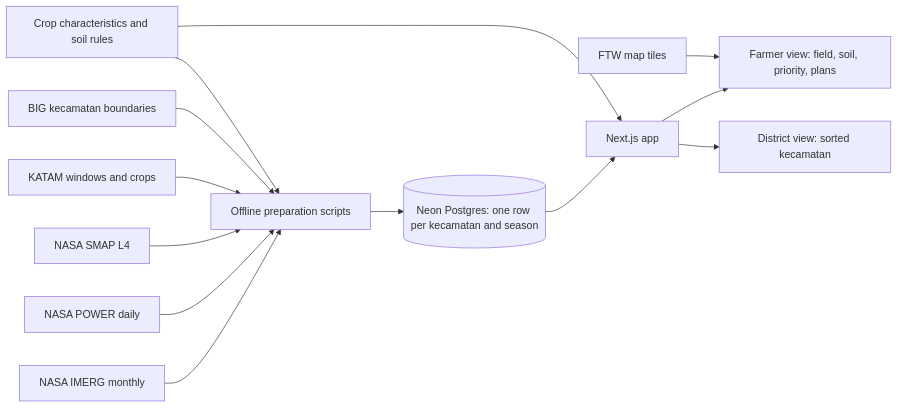
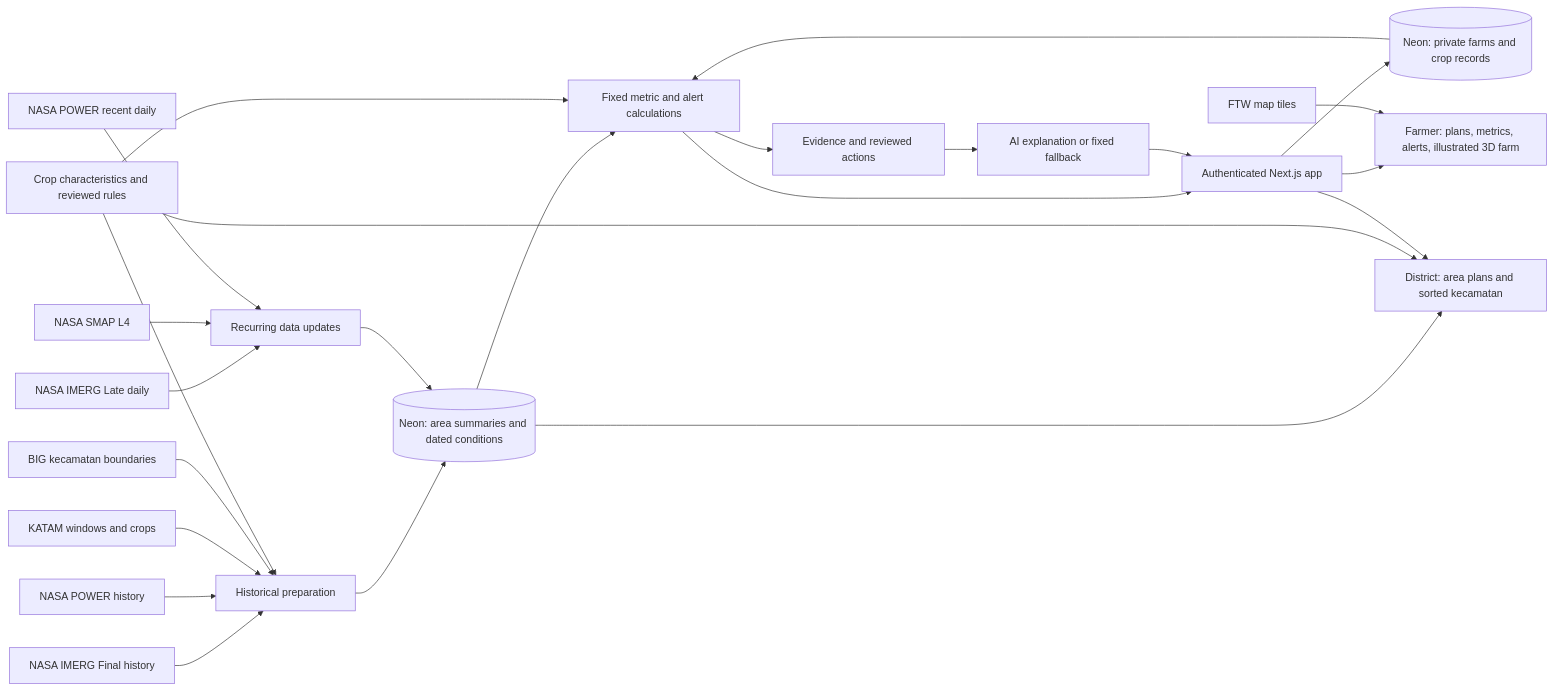
The diagram in docs/prd-government-landowners.md (halmahera-dev/Paddy), drawn with Mermaid before and after one commit. The commit also changed other lines of this file and 3 other files, not shown here.

Commit message:
docs: define farm monitoring scope and NASA data options

````diff
--- a/docs/prd-government-landowners.md
+++ b/docs/prd-government-landowners.md
@@ -183,15 +286,26 @@
 ```mermaid
 flowchart LR
-    I[NASA IMERG monthly] --> P[Offline preparation scripts]
-    W[NASA POWER daily] --> P
-    S[NASA SMAP L4] --> P
+    I[NASA IMERG Final history] --> P[Historical preparation]
+    W[NASA POWER history] --> P
     K[KATAM windows and crops] --> P
     B[BIG kecamatan boundaries] --> P
-    C[Crop characteristics and soil rules] --> P
-    P --> D[(Neon Postgres: one row per kecamatan and season)]
-    D --> A[Next.js app]
-    C --> A
-    A --> F[Farmer view: field, soil, priority, plans]
-    A --> G[District view: sorted kecamatan]
-    T[FTW map tiles] --> F
+    C[Crop characteristics and reviewed rules] --> P
+    P --> D[(Neon: area summaries and dated conditions)]
+    L[NASA IMERG Late daily] --> U[Recurring data updates]
+    S[NASA SMAP L4] --> U
+    T[NASA POWER recent daily] --> U
+    U --> D
+    D --> R[Fixed metric and alert calculations]
+    C --> R
+    F[(Neon: private farms and crop records)] --> R
+    R --> E[Evidence and reviewed actions]
+    E --> AI[AI explanation or fixed fallback]
+    R --> A[Authenticated Next.js app]
+    AI --> A
+    A --> F
+    A --> V[Farmer: plans, metrics, alerts, illustrated 3D farm]
+    D --> G[District: area plans and sorted kecamatan]
+    C --> G
+    A --> G
+    FTW[FTW map tiles] --> V
 ```
````
